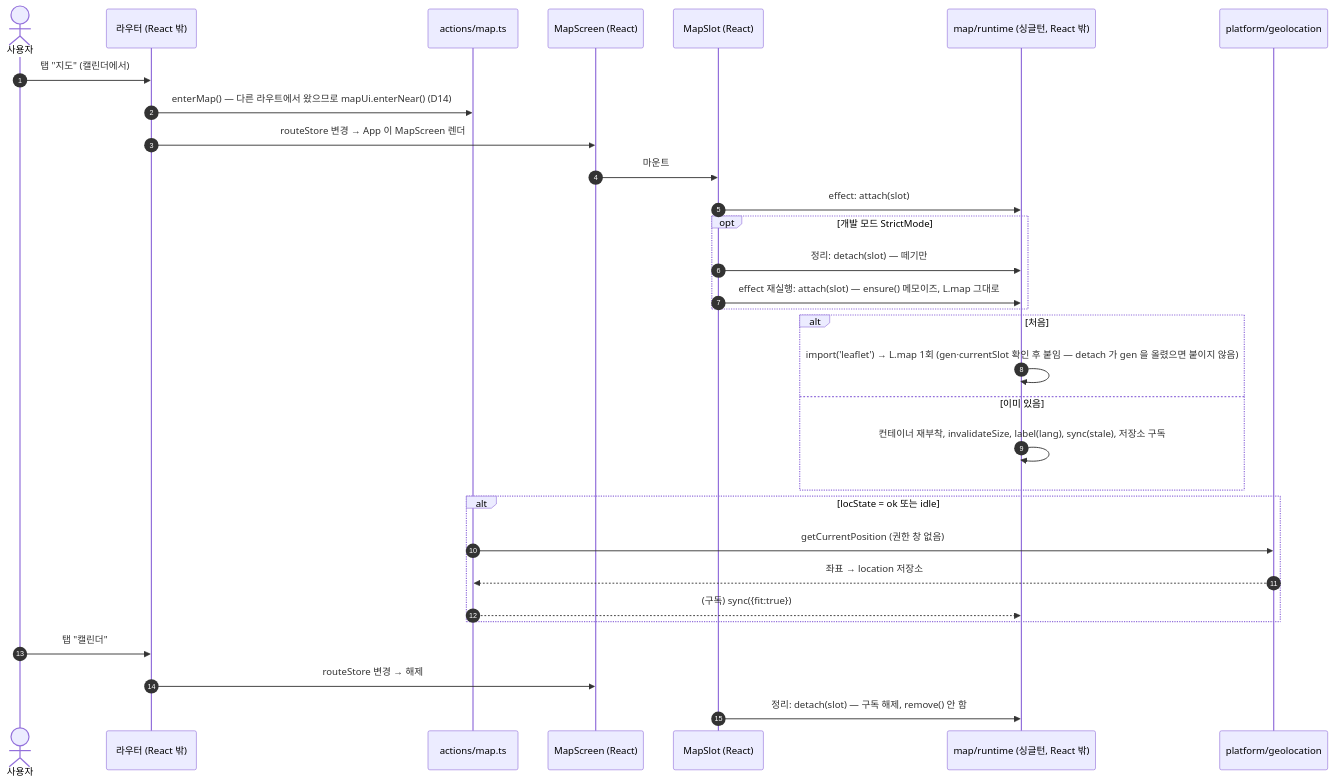
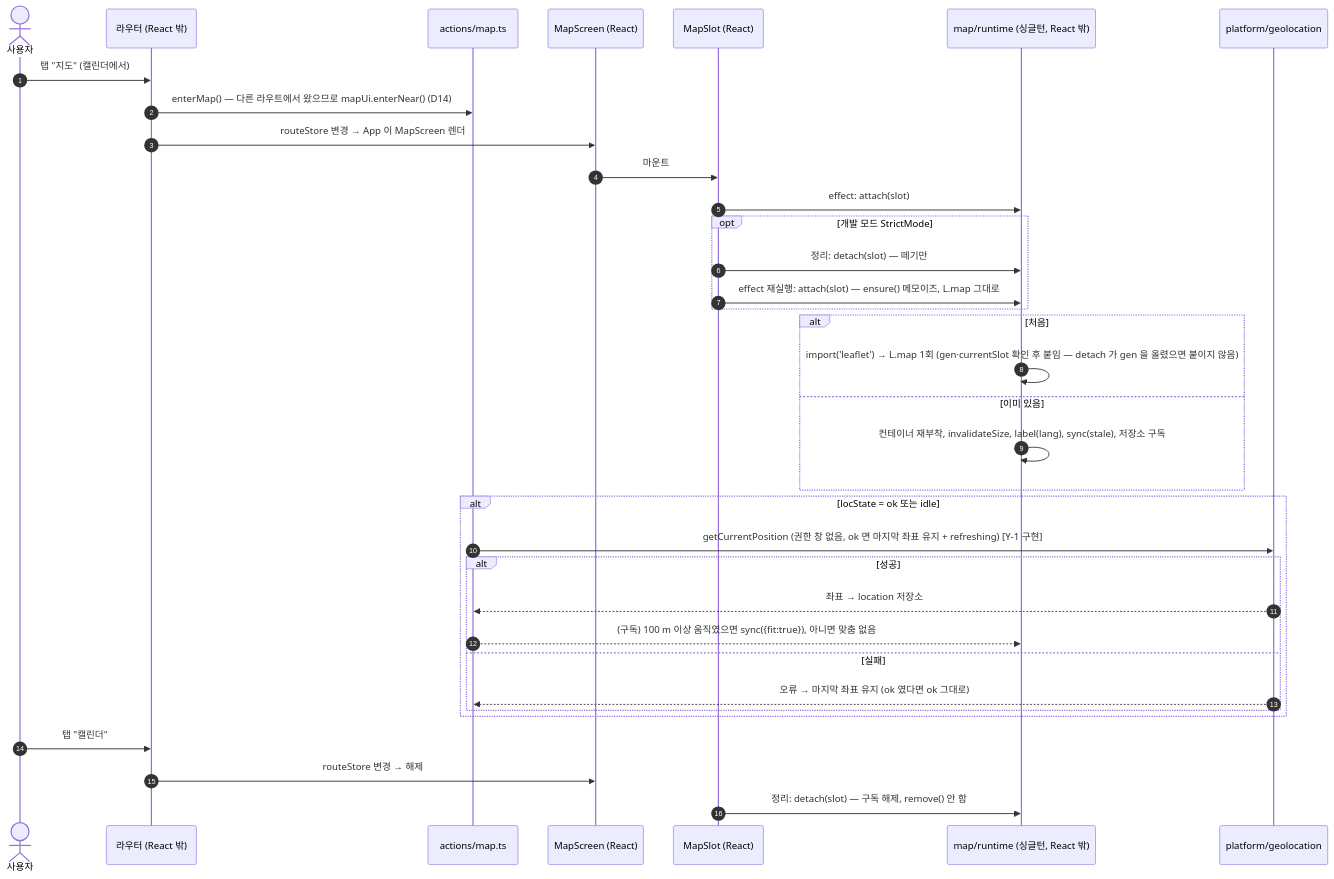
Before and after one commit to underthesun7213/yui-board: the fifth of 9 diagrams in docs/architecture/rfc/0003-yunabi-v2.md, drawn with Mermaid. The commit also changed other lines of this file and 2 other files, not shown here.

Commit message:
Record Y-1 implementation choices in ADR-0024, ADR-0016 and RFC-0003
- divIcon html: a string literal or a map/layers.ts node factory, shared
  allowlist with the Leaflet content rules.
- Re-locating on map entry keeps the last fix; mode switches do not
  re-locate and keep the prefecture.
- Production builds need YUNABI_ORIGIN; e2e builds go to dist-e2e.
- A failed map chunk shows Reload (no in-page retry).

Claude-Session: https://claude.ai/code/session_01QtqqbbrspAGQLbnxA1Q8rE

````diff
--- a/docs/architecture/rfc/0003-yunabi-v2.md
+++ b/docs/architecture/rfc/0003-yunabi-v2.md
@@ -408,33 +409,37 @@
 ```mermaid
 sequenceDiagram
   autonumber
   actor U as 사용자
   participant R as 라우터 (React 밖)
   participant A as actions/map.ts
   participant MS as MapScreen (React)
   participant S as MapSlot (React)
   participant RT as map/runtime (싱글턴, React 밖)
   participant G as platform/geolocation
   U->>R: 탭 "지도" (캘린더에서)
   R->>A: enterMap() — 다른 라우트에서 왔으므로 mapUi.enterNear() (D14)
   R->>MS: routeStore 변경 → App 이 MapScreen 렌더
   MS->>S: 마운트
   S->>RT: effect: attach(slot)
   opt 개발 모드 StrictMode
     S->>RT: 정리: detach(slot) — 떼기만
     S->>RT: effect 재실행: attach(slot) — ensure() 메모이즈, L.map 그대로
   end
   alt 처음
     RT->>RT: import('leaflet') → L.map 1회 (gen·currentSlot 확인 후 붙임 — detach 가 gen 을 올렸으면 붙이지 않음)
   else 이미 있음
     RT->>RT: 컨테이너 재부착, invalidateSize, label(lang), sync(stale), 저장소 구독
   end
   alt locState = ok 또는 idle
-    A->>G: getCurrentPosition (권한 창 없음)
-    G-->>A: 좌표 → location 저장소
-    A-->>RT: (구독) sync({fit:true})
+    A->>G: getCurrentPosition (권한 창 없음, ok 면 마지막 좌표 유지 + refreshing) [Y-1 구현]
+    alt 성공
+      G-->>A: 좌표 → location 저장소
+      A-->>RT: (구독) 100 m 이상 움직였으면 sync({fit:true}), 아니면 맞춤 없음
+    else 실패
+      G-->>A: 오류 → 마지막 좌표 유지 (ok 였다면 ok 그대로)
+    end
   end
   U->>R: 탭 "캘린더"
   R->>MS: routeStore 변경 → 해제
   S->>RT: 정리: detach(slot) — 구독 해제, remove() 안 함
 ```
````
